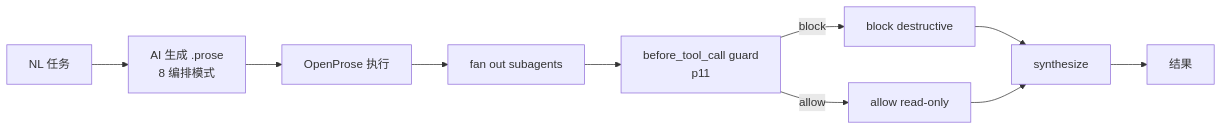
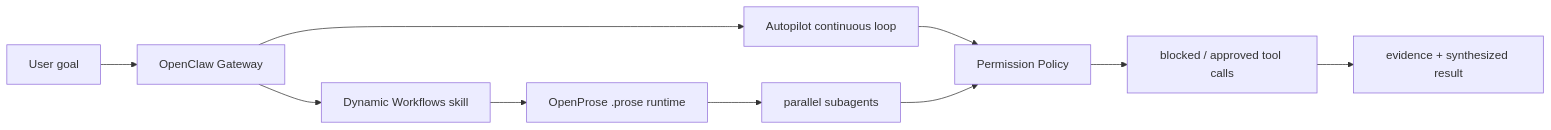
Before and after one commit to TeFuirnever/oh-my-matrix: the diagram in README.md, drawn with Mermaid. The commit also changed other lines of this file and 14 other files, not shown here.

````diff
--- a/README.md
+++ b/README.md
@@ -58,12 +46,12 @@
 ```mermaid
 flowchart LR
-  A[NL 任务] --> B[AI 生成 .prose<br/>8 编排模式]
-  B --> C[OpenProse 执行]
-  C --> D[fan out subagents]
-  D --> E[before_tool_call guard<br/>p11]
-  E -->|block| F[block destructive]
-  E -->|allow| G[allow read-only]
-  F --> H[synthesize]
-  G --> H
-  H --> I[结果]
+  A[User goal] --> B[OpenClaw Gateway]
+  B --> C[Autopilot continuous loop]
+  B --> D[Dynamic Workflows skill]
+  D --> E[OpenProse .prose runtime]
+  E --> F[parallel subagents]
+  C --> G[Permission Policy]
+  F --> G
+  G --> H[blocked / approved tool calls]
+  H --> I[evidence + synthesized result]
 ```
````
